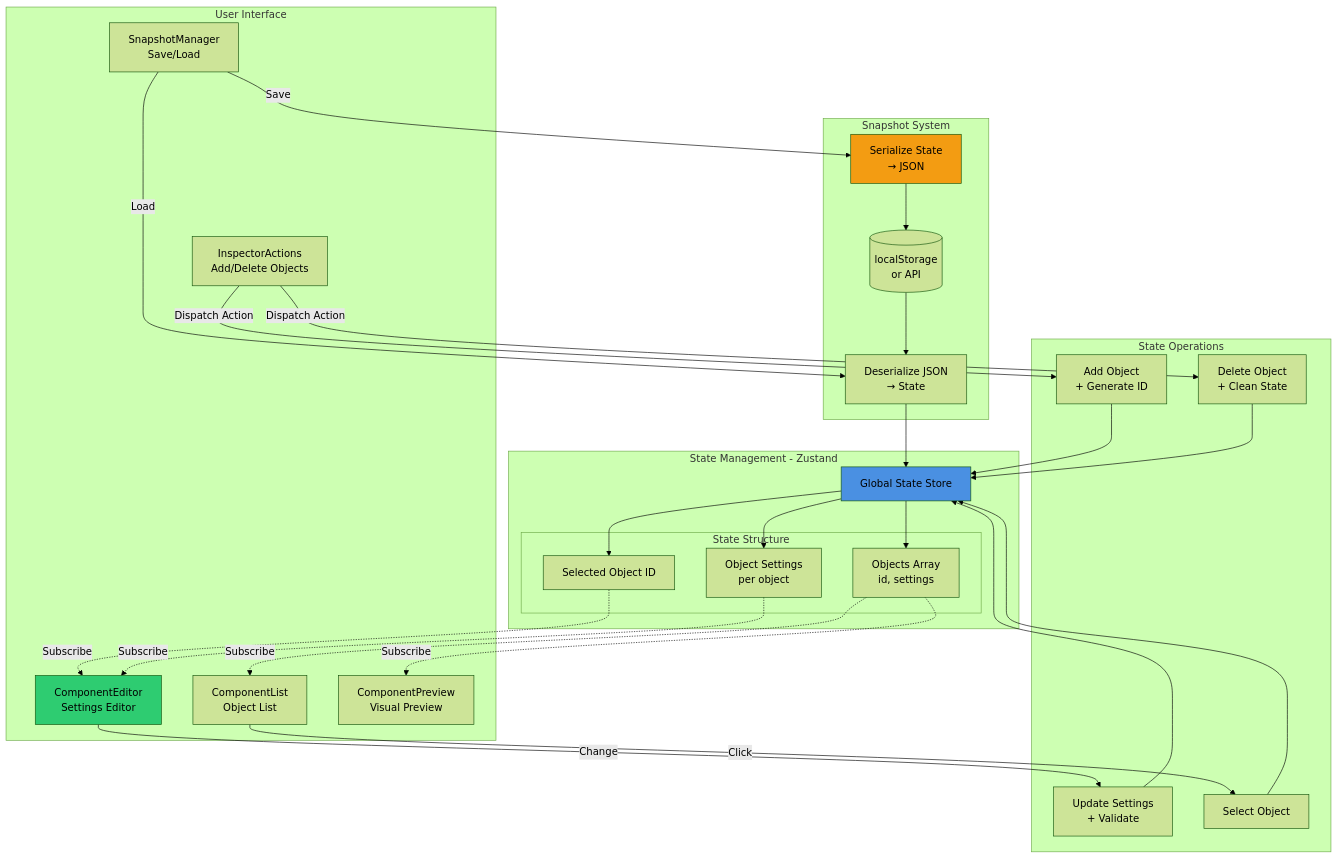
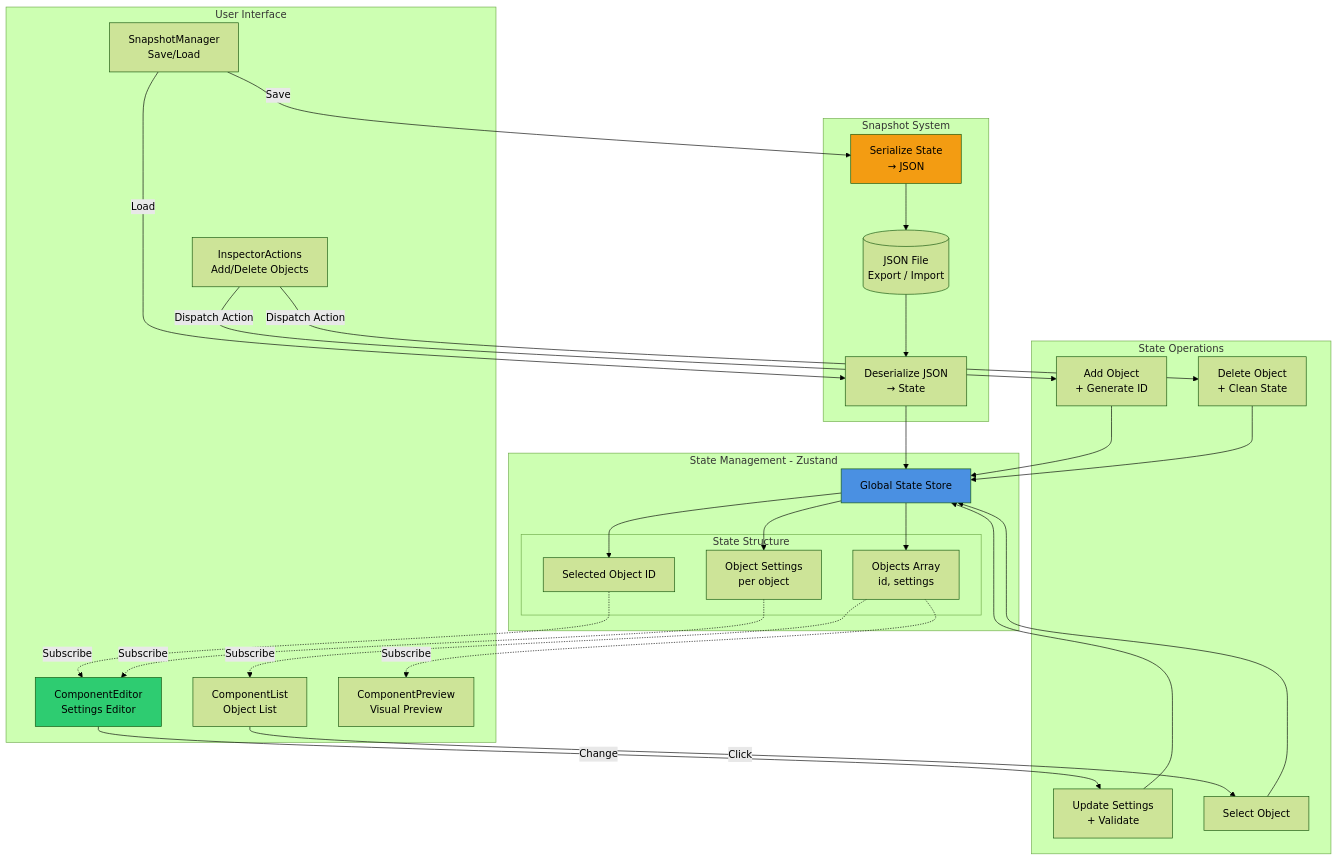
One commit to 1985jwlee/portpolio_react changed the diagram in README.md. Above: the diagram before and after it, drawn with Mermaid (forest theme). The commit also changed other lines of this file, not shown here.

````diff
--- a/README.md
+++ b/README.md
@@ -121,65 +133,65 @@
 ```mermaid
 graph TB
     subgraph "User Interface"
         Actions[InspectorActions<br/>Add/Delete Objects]
         CompList[ComponentList<br/>Object List]
         CompEditor[ComponentEditor<br/>Settings Editor]
         CompPreview[ComponentPreview<br/>Visual Preview]
         SnapshotMgr[SnapshotManager<br/>Save/Load]
     end
     
     subgraph "State Management - Zustand"
         Store[Global State Store]
         
         subgraph "State Structure"
             Objects[Objects Array<br/>id, settings]
             Selected[Selected Object ID]
             Settings[Object Settings<br/>per object]
         end
     end
     
     subgraph "State Operations"
         AddObj[Add Object<br/>+ Generate ID]
         DelObj[Delete Object<br/>+ Clean State]
         UpdateSet[Update Settings<br/>+ Validate]
         Select[Select Object]
     end
     
     subgraph "Snapshot System"
         Serialize[Serialize State<br/>→ JSON]
         Deserialize[Deserialize JSON<br/>→ State]
-        Storage[(localStorage<br/>or API)]
+        Storage[(JSON File<br/>Export / Import)]
     end
     
     Actions -->|Dispatch Action| AddObj
     Actions -->|Dispatch Action| DelObj
     
     CompList -->|Click| Select
     CompEditor -->|Change| UpdateSet
     
     AddObj --> Store
     DelObj --> Store
     UpdateSet --> Store
     Select --> Store
     
     Store --> Objects
     Store --> Selected
     Store --> Settings
     
     Objects -.->|Subscribe| CompList
     Selected -.->|Subscribe| CompEditor
     Settings -.->|Subscribe| CompEditor
     Objects -.->|Subscribe| CompPreview
     
     SnapshotMgr -->|Save| Serialize
     SnapshotMgr -->|Load| Deserialize
     
     Serialize --> Storage
     Storage --> Deserialize
     
     Deserialize --> Store
     
     style Store fill:#4a90e2
     style Serialize fill:#f39c12
     style CompEditor fill:#2ecc71
 ```
````
